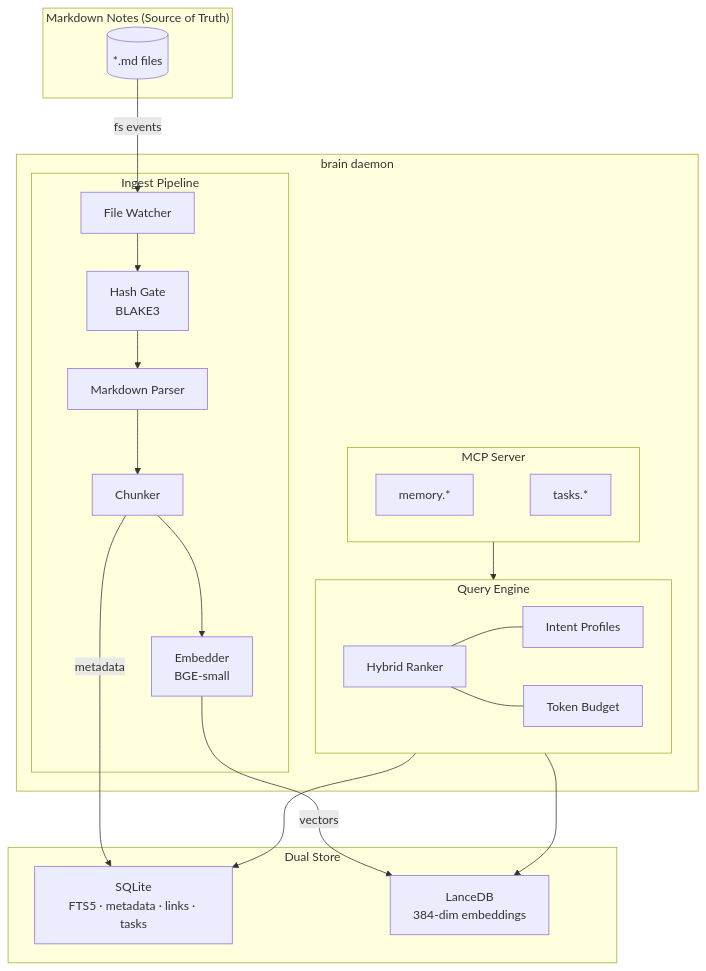
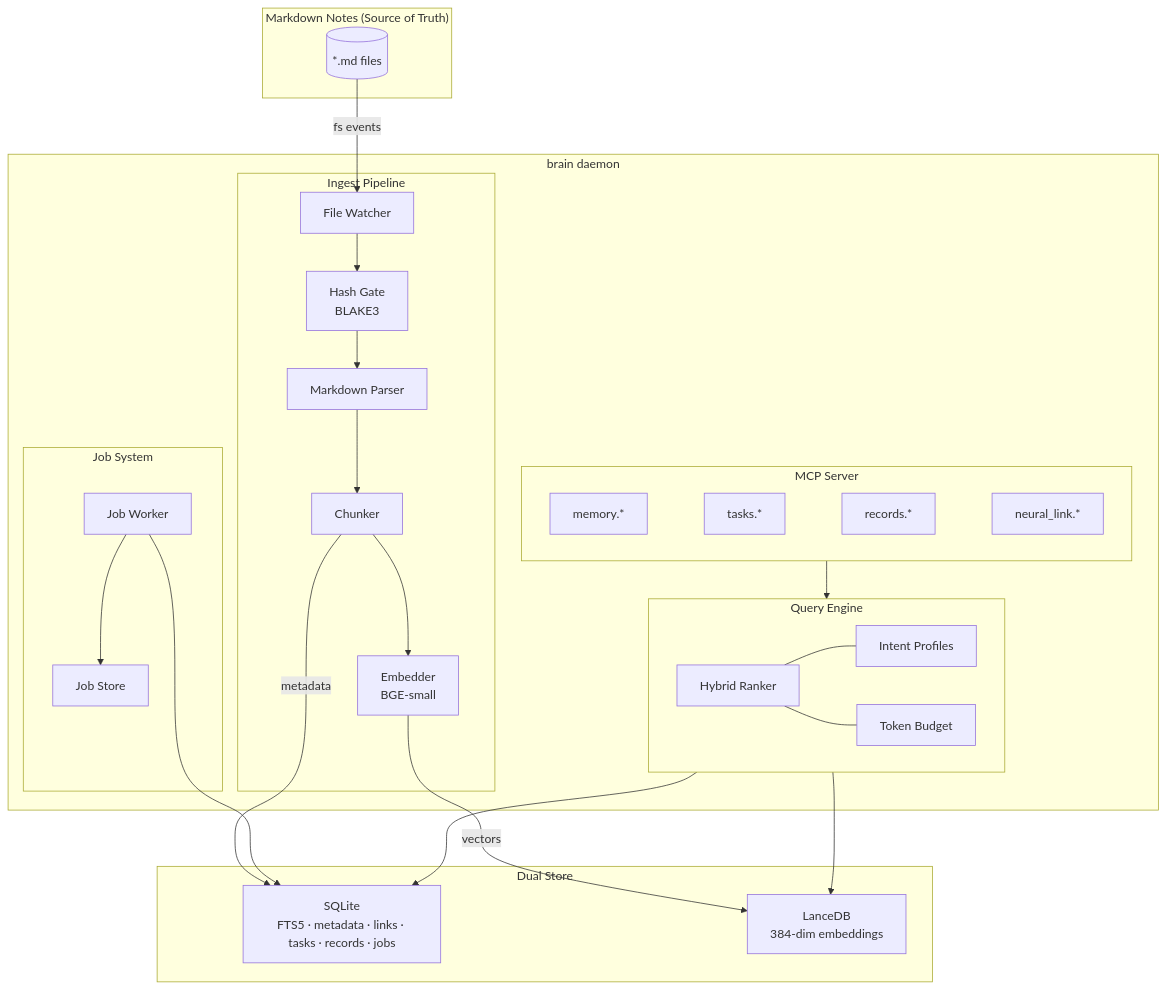
Before and after one commit to benediktms/brain: the first of 2 diagrams in README.md, drawn with Mermaid. The commit also changed other lines of this file and 1 other file, not shown here.

First line of the commit message:
docs: rewrite README and ARCHITECTURE for task-management-first framing

````diff
--- a/README.md
+++ b/README.md
@@ -144,34 +166,41 @@
 ```mermaid
 graph TB
     subgraph Notes["Markdown Notes (Source of Truth)"]
         MD[("*.md files")]
     end
 
     subgraph Daemon["brain daemon"]
         subgraph Ingest["Ingest Pipeline"]
             FW[File Watcher] --> HG[Hash Gate<br/>BLAKE3]
             HG --> MP[Markdown Parser] --> CH[Chunker] --> EM[Embedder<br/>BGE-small]
         end
 
         subgraph Query["Query Engine"]
             HR[Hybrid Ranker] --- IP[Intent Profiles]
             HR --- TB[Token Budget]
         end
 
         subgraph Server["MCP Server"]
             SM["memory.*"] ~~~ TA["tasks.*"]
+            TA ~~~ RC["records.*"]
+            RC ~~~ NL["neural_link.*"]
+        end
+
+        subgraph Jobs["Job System"]
+            JW[Job Worker] --> JS[Job Store]
         end
     end
 
     subgraph Storage["Dual Store"]
-        SQLite["SQLite<br/>FTS5 · metadata · links · tasks"]
+        SQLite["SQLite<br/>FTS5 · metadata · links · tasks · records · jobs"]
         LanceDB["LanceDB<br/>384-dim embeddings"]
     end
 
     MD -->|fs events| FW
     CH -->|metadata| SQLite
     EM -->|vectors| LanceDB
     Server --> Query
     Query --> SQLite
     Query --> LanceDB
+    JW --> SQLite
 ```
````
